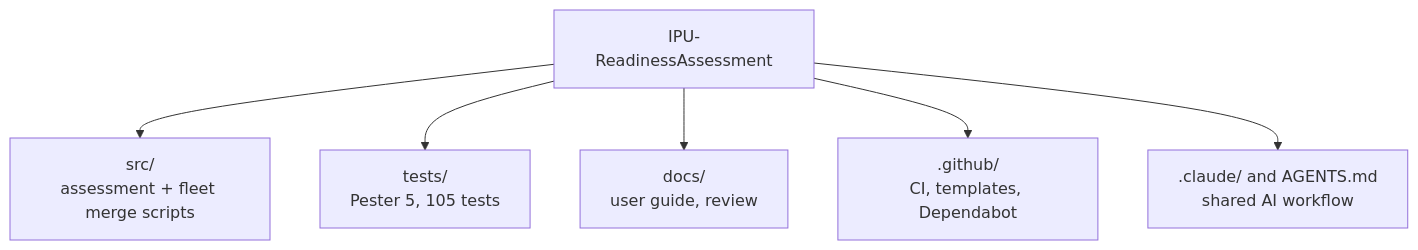
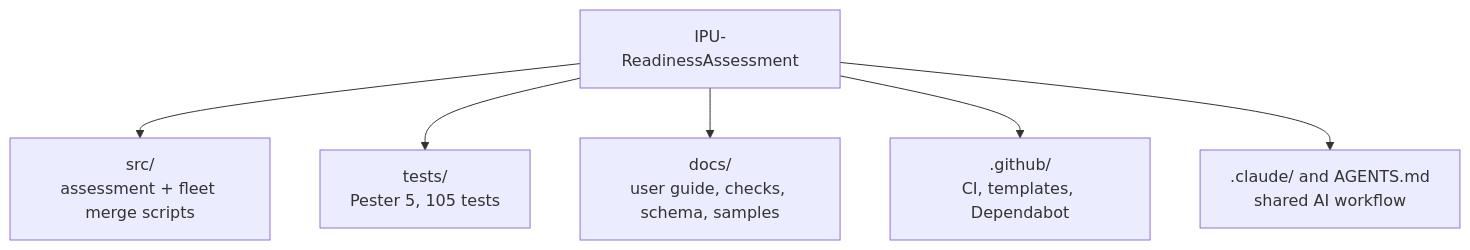
One commit to JeanKadang/IPU-ReadinessAssessment changed the third of 3 diagrams in README.md. Above: the diagram before and after it, drawn with Mermaid. The commit also changed other lines of this file and 8 other files, not shown here.

First line of the commit message:
docs: add checks reference, schema and sample

````diff
--- a/README.md
+++ b/README.md
@@ -120,8 +121,8 @@
 ```mermaid
 flowchart TD
     R[IPU-ReadinessAssessment] --> S[src/<br/>assessment + fleet merge scripts]
     R --> T[tests/<br/>Pester 5, 105 tests]
-    R --> D[docs/<br/>user guide, review]
+    R --> D[docs/<br/>user guide, checks, schema, samples]
     R --> G[.github/<br/>CI, templates, Dependabot]
     R --> C[.claude/ and AGENTS.md<br/>shared AI workflow]
 ```
````
